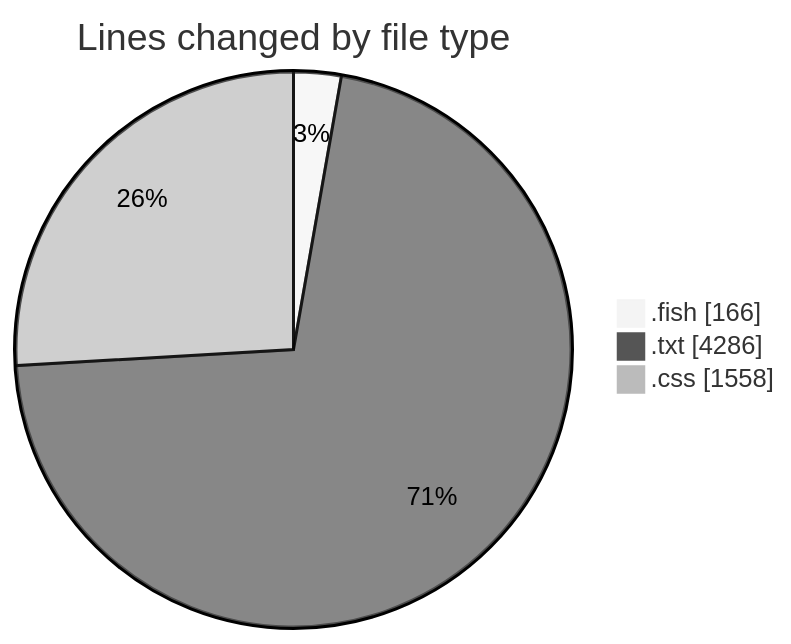
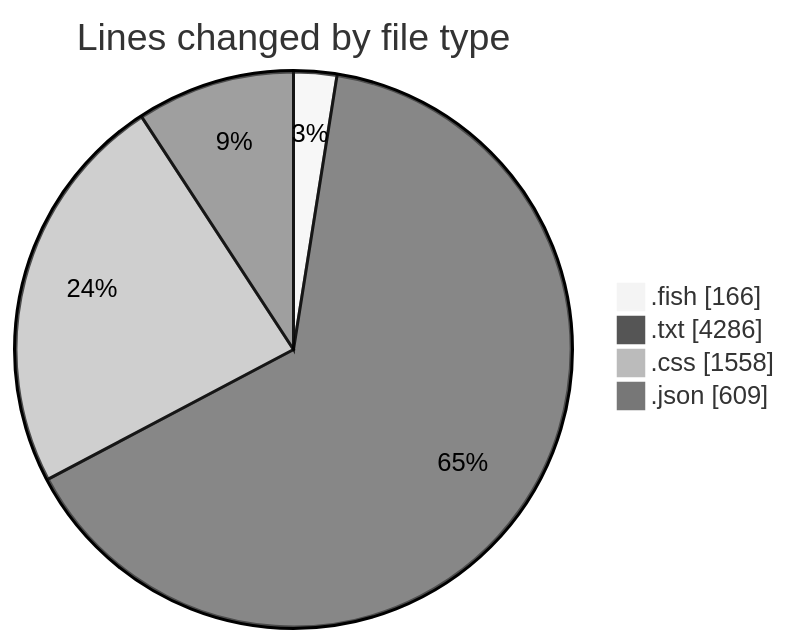
The first of 2 diagrams in 2025-07-21/fish/README.md (EIIisD/code-tracking), drawn with Mermaid (neutral theme) before and after one commit. The commit also changed other lines of this file and 1 other file, not shown here.

````diff
--- a/2025-07-21/fish/README.md
+++ b/2025-07-21/fish/README.md
@@ -23,7 +24,8 @@
 ```mermaid
 pie showData
 title Lines changed by file type
 ".fish" : 166
 ".txt" : 4286
 ".css" : 1558
+".json" : 609
 ```
````
